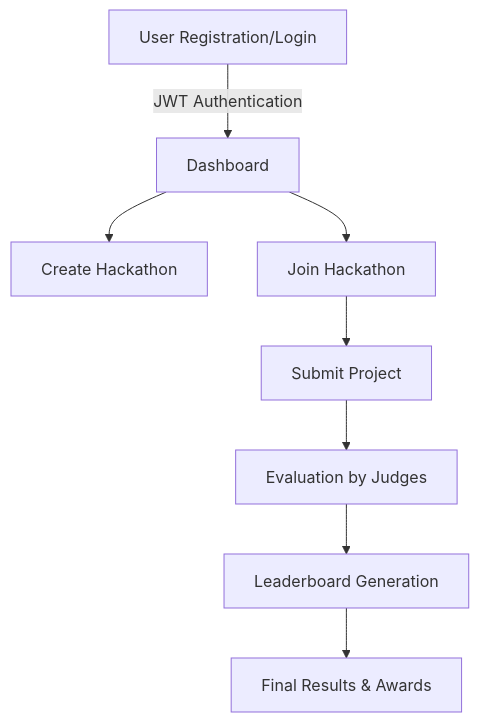
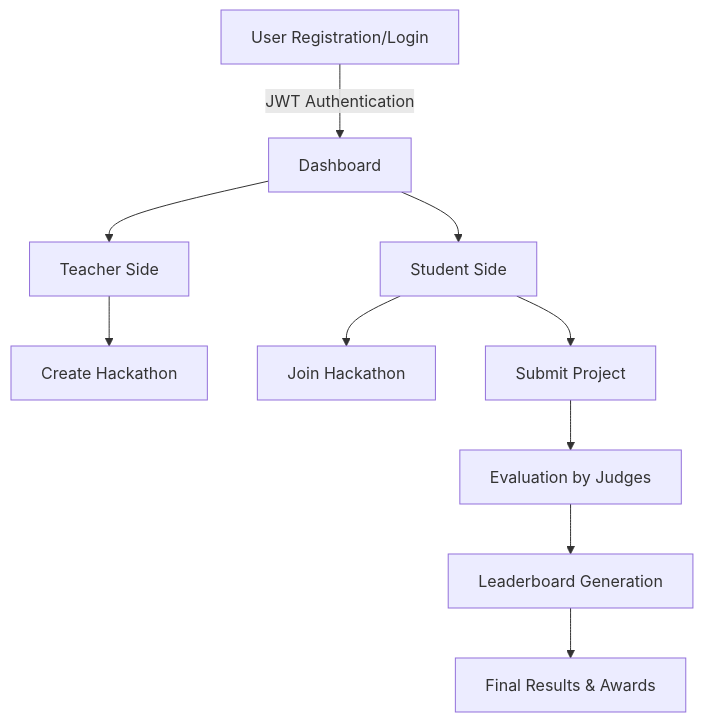
Before and after one commit to Yasharya007/Hackalyze: the second of 2 diagrams in README.md, drawn with Mermaid.

````diff
--- a/README.md
+++ b/README.md
@@ -71,10 +71,12 @@
 ```mermaid
 graph TD;
     A[User Registration/Login] -->|JWT Authentication| B[Dashboard];
-    B --> C[Create Hackathon];
-    B --> D[Join Hackathon];
+    B --> C[Teacher Side];
+    C --> K[Create Hackathon];
+    B --> D[Student Side];
+    D --> L[Join Hackathon];
     D --> E[Submit Project];
     E --> F[Evaluation by Judges];
     F --> G[Leaderboard Generation];
     G --> H[Final Results & Awards];
 ```
````
